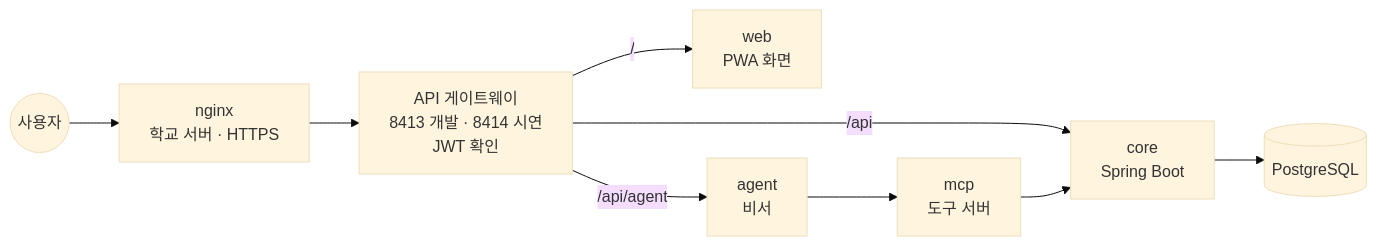
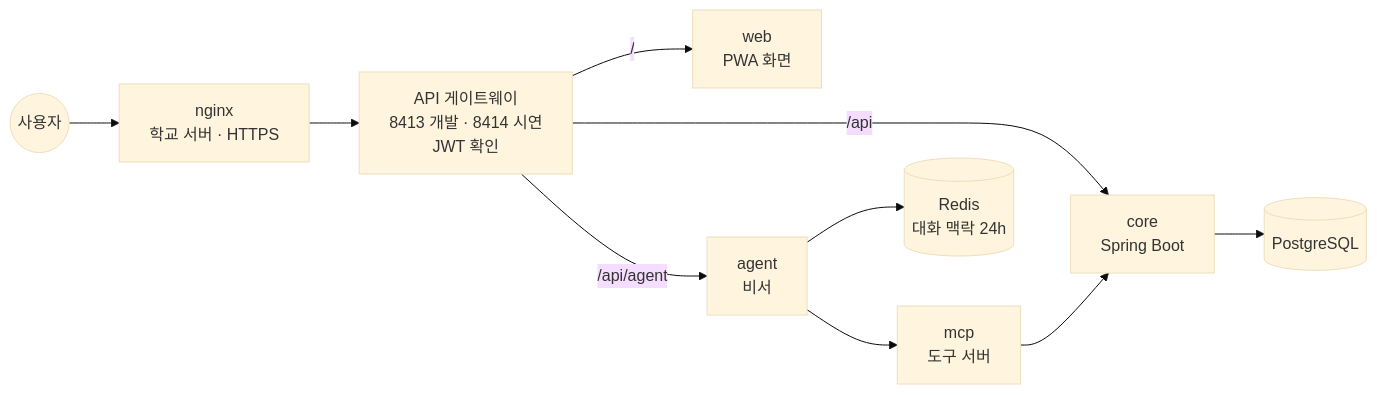
Before and after one commit to AI-go-do/infra: the second of 2 diagrams in README.md, drawn with Mermaid (base theme). The commit also changed other lines of this file and 2 other files, not shown here.

First line of the commit message:
chore: 비서 대화 맥락용 Redis 추가 (MEMORY_STORE=redis)

````diff
--- a/README.md
+++ b/README.md
@@ -34,11 +34,12 @@
 ```mermaid
 flowchart LR
   U((사용자)) --> X[nginx<br/>학교 서버 · HTTPS]
   X --> G[API 게이트웨이<br/>8413 개발 · 8414 시연<br/>JWT 확인]
   G -- / --> W[web<br/>PWA 화면]
   G -- /api --> C[core<br/>Spring Boot]
   G -- /api/agent --> AG[agent<br/>비서]
   C --> P[(PostgreSQL)]
   AG --> M[mcp<br/>도구 서버]
+  AG --> R[(Redis<br/>대화 맥락 24h)]
   M --> C
 ```
````
